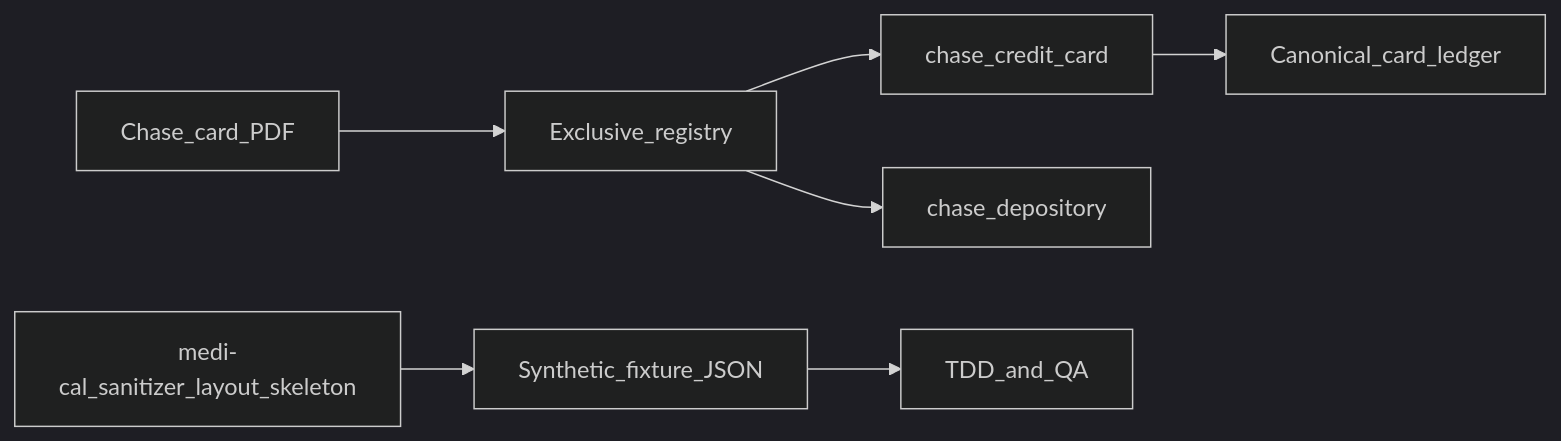
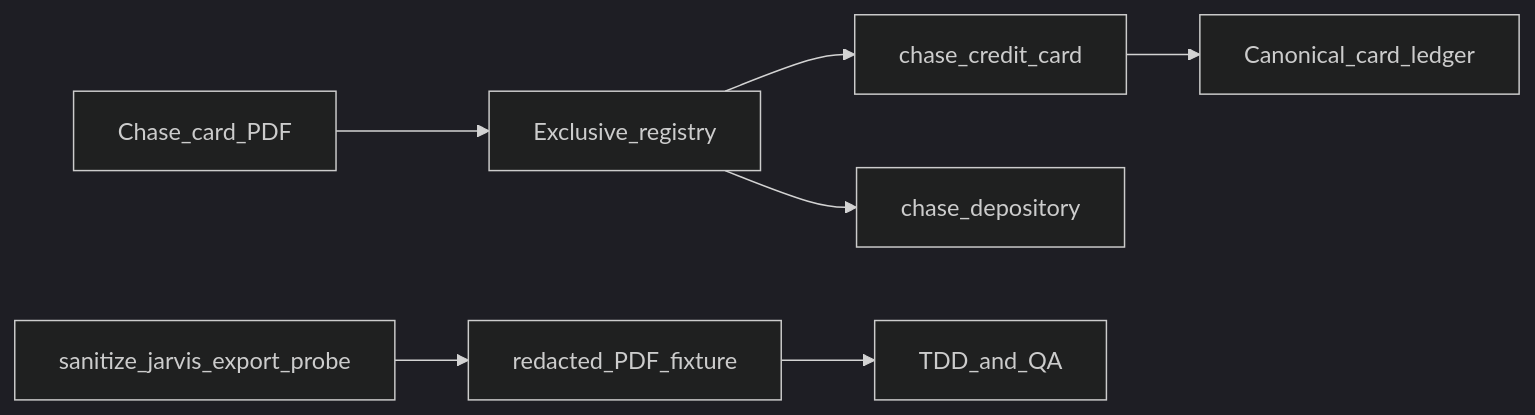
Before and after one commit to bstruong/sapphire: the diagram in docs/specs/pitch_chase_credit_card.md, drawn with Mermaid (dark theme). The commit also changed other lines of this file and 8 other files, not shown here.

First line of the commit message:
feat(adapters): dogfood Chase card via redacted PDF fixture

````diff
--- a/docs/specs/pitch_chase_credit_card.md
+++ b/docs/specs/pitch_chase_credit_card.md
@@ -20,9 +20,9 @@
 ```mermaid
 flowchart LR
   pdf[Chase_card_PDF] --> registry[Exclusive_registry]
   registry --> chaseCard[chase_credit_card]
   registry --> chaseDep[chase_depository]
   chaseCard --> canonical[Canonical_card_ledger]
-  sanitizer[medi-cal_sanitizer_layout_skeleton] --> fixture[Synthetic_fixture_JSON]
-  fixture --> tests[TDD_and_QA]
+  sanitizer[sanitize_jarvis_export_probe] --> redacted[redacted_PDF_fixture]
+  redacted --> tests[TDD_and_QA]
 ```
````
